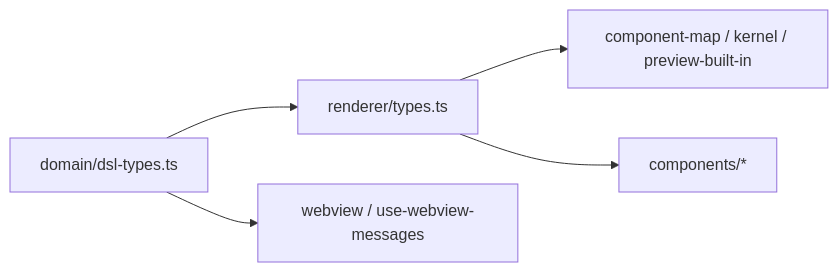
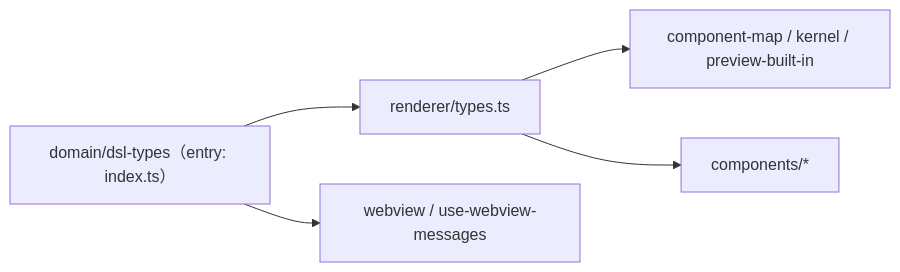
Before and after one commit to kamoshika-san/TextUI-Designer: the diagram in docs/ssot-renderer-types-inventory.md, drawn with Mermaid. The commit also changed other lines of this file and 11 other files, not shown here.

Commit message:
docs: align DSL canonical path to domain/dsl-types directory

````diff
--- a/docs/ssot-renderer-types-inventory.md
+++ b/docs/ssot-renderer-types-inventory.md
@@ -74,13 +74,13 @@
 ```mermaid
 flowchart LR
-  DSL[domain/dsl-types.ts]
+  DSL[domain/dsl-types（entry: index.ts）]
   FAC[renderer/types.ts]
   ENTRY[webview / use-webview-messages]
   KERNEL[component-map / kernel / preview-built-in]
   COMP[components/*]
 
   DSL --> FAC
   DSL --> ENTRY
   FAC --> KERNEL
   FAC --> COMP
 ```
````
